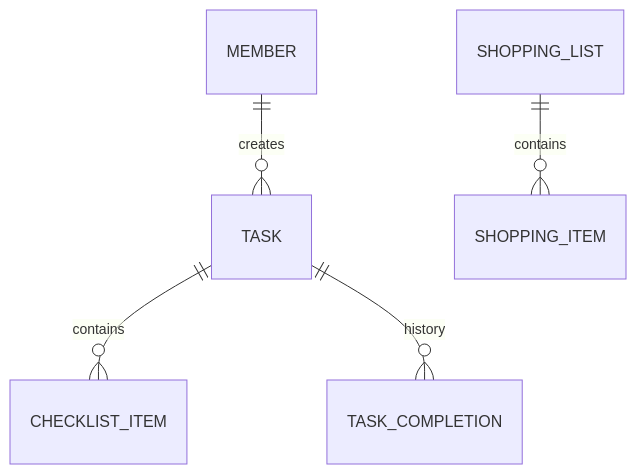
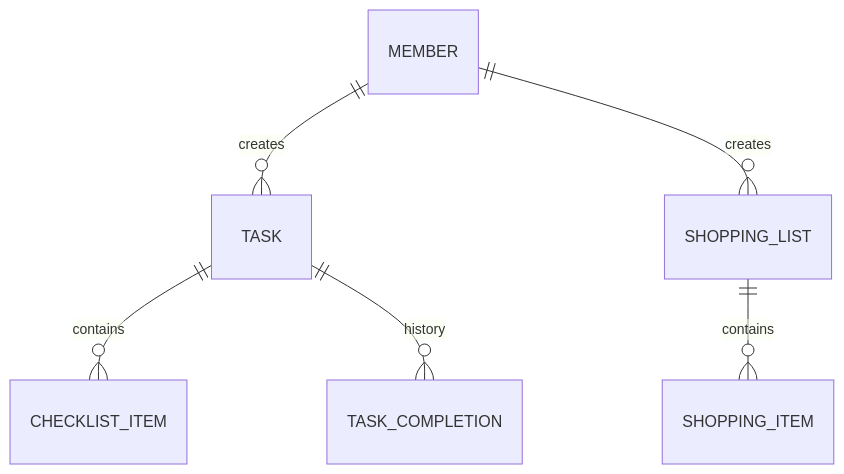
Before and after one commit to hiraise/Lares: the second of 5 diagrams in docs/domain/model.md, drawn with Mermaid. The commit also changed other lines of this file and 17 other files, not shown here.

````diff
--- a/docs/domain/model.md
+++ b/docs/domain/model.md
@@ -37,7 +37,8 @@
 ```mermaid
 erDiagram
     MEMBER ||--o{ TASK : "creates"
     TASK ||--o{ CHECKLIST_ITEM : "contains"
     TASK ||--o{ TASK_COMPLETION : "history"
+    MEMBER ||--o{ SHOPPING_LIST : "creates"
     SHOPPING_LIST ||--o{ SHOPPING_ITEM : "contains"
 ```
````
